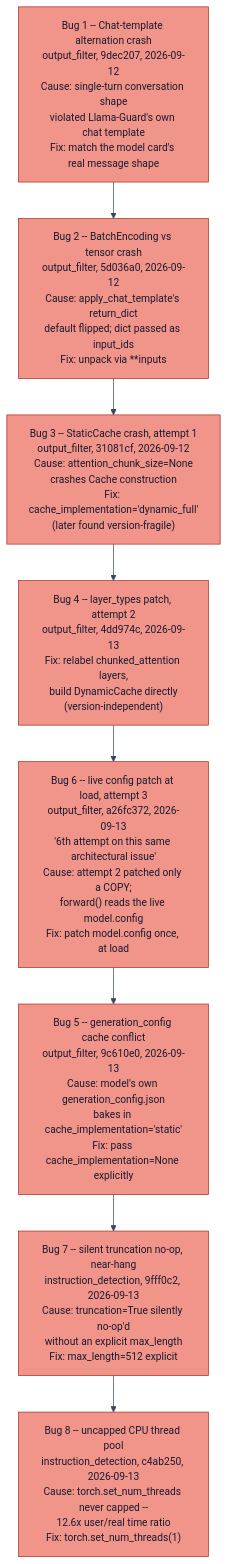
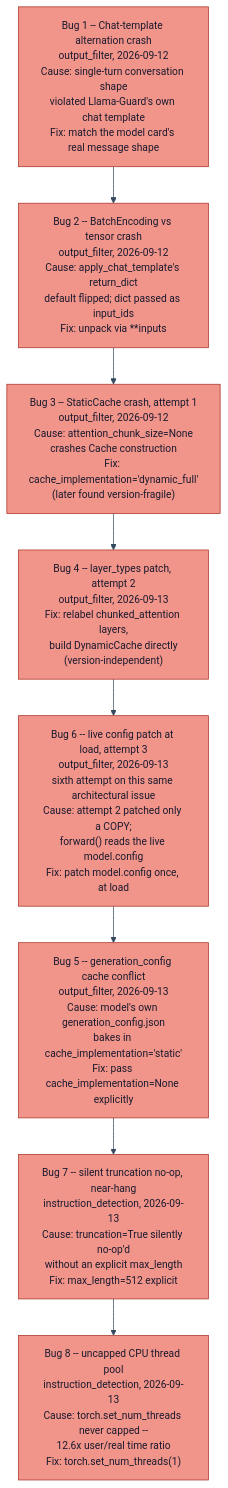
Diagram 14 of 14 in docs/THESIS_ARCHITECTURE.md (Simarjit1303/rag-adversarial-robustness), drawn with Mermaid before and after one commit. The commit also changed other lines of this file, not shown here.

First line of the commit message:
Restructure THESIS_ARCHITECTURE.md around a master diagram

````diff
--- a/docs/THESIS_ARCHITECTURE.md
+++ b/docs/THESIS_ARCHITECTURE.md
@@ -259,17 +366,17 @@
 ```mermaid
 %%{init: {'theme':'base','themeVariables':{'primaryColor':'#85c1e9','primaryTextColor':'#1a1a2e','primaryBorderColor':'#1a5276','lineColor':'#34495e','secondaryColor':'#85c1e9','secondaryTextColor':'#1a1a2e','secondaryBorderColor':'#1a5276','tertiaryColor':'#85c1e9','tertiaryTextColor':'#1a1a2e','tertiaryBorderColor':'#1a5276','edgeLabelBackground':'#ffffff','clusterBkg':'#d6eaf8','clusterBorder':'#1a5276','titleColor':'#1a1a2e','textColor':'#1a1a2e','fontSize':'14px'}}}%%
 flowchart TD
-    B1["Bug 1 -- Chat-template alternation crash<br/>output_filter, 9dec207, 2026-09-12<br/>Cause: single-turn conversation shape<br/>violated Llama-Guard's own chat template<br/>Fix: match the model card's real message shape"]
-    B2["Bug 2 -- BatchEncoding vs tensor crash<br/>output_filter, 5d036a0, 2026-09-12<br/>Cause: apply_chat_template's return_dict<br/>default flipped; dict passed as input_ids<br/>Fix: unpack via **inputs"]
-    B3["Bug 3 -- StaticCache crash, attempt 1<br/>output_filter, 31081cf, 2026-09-12<br/>Cause: attention_chunk_size=None<br/>crashes Cache construction<br/>Fix: cache_implementation='dynamic_full'<br/>(later found version-fragile)"]
-    B4["Bug 4 -- layer_types patch, attempt 2<br/>output_filter, 4dd974c, 2026-09-13<br/>Fix: relabel chunked_attention layers,<br/>build DynamicCache directly<br/>(version-independent)"]
-    B6["Bug 6 -- live config patch at load, attempt 3<br/>output_filter, a26fc372, 2026-09-13<br/>'6th attempt on this same architectural issue'<br/>Cause: attempt 2 patched only a COPY;<br/>forward() reads the live model.config<br/>Fix: patch model.config once, at load"]
-    B5["Bug 5 -- generation_config cache conflict<br/>output_filter, 9c610e0, 2026-09-13<br/>Cause: model's own generation_config.json<br/>bakes in cache_implementation='static'<br/>Fix: pass cache_implementation=None explicitly"]
-    B7["Bug 7 -- silent truncation no-op, near-hang<br/>instruction_detection, 9fff0c2, 2026-09-13<br/>Cause: truncation=True silently no-op'd<br/>without an explicit max_length<br/>Fix: max_length=512 explicit"]
-    B8["Bug 8 -- uncapped CPU thread pool<br/>instruction_detection, c4ab250, 2026-09-13<br/>Cause: torch.set_num_threads never capped --<br/>12.6x user/real time ratio<br/>Fix: torch.set_num_threads(1)"]
+    B1["Bug 1 -- Chat-template alternation crash<br/>output_filter, 2026-09-12<br/>Cause: single-turn conversation shape<br/>violated Llama-Guard's own chat template<br/>Fix: match the model card's real message shape"]
+    B2["Bug 2 -- BatchEncoding vs tensor crash<br/>output_filter, 2026-09-12<br/>Cause: apply_chat_template's return_dict<br/>default flipped; dict passed as input_ids<br/>Fix: unpack via **inputs"]
+    B3["Bug 3 -- StaticCache crash, attempt 1<br/>output_filter, 2026-09-12<br/>Cause: attention_chunk_size=None<br/>crashes Cache construction<br/>Fix: cache_implementation='dynamic_full'<br/>(later found version-fragile)"]
+    B4["Bug 4 -- layer_types patch, attempt 2<br/>output_filter, 2026-09-13<br/>Fix: relabel chunked_attention layers,<br/>build DynamicCache directly<br/>(version-independent)"]
+    B6["Bug 6 -- live config patch at load, attempt 3<br/>output_filter, 2026-09-13<br/>sixth attempt on this same architectural issue<br/>Cause: attempt 2 patched only a COPY;<br/>forward() reads the live model.config<br/>Fix: patch model.config once, at load"]
+    B5["Bug 5 -- generation_config cache conflict<br/>output_filter, 2026-09-13<br/>Cause: model's own generation_config.json<br/>bakes in cache_implementation='static'<br/>Fix: pass cache_implementation=None explicitly"]
+    B7["Bug 7 -- silent truncation no-op, near-hang<br/>instruction_detection, 2026-09-13<br/>Cause: truncation=True silently no-op'd<br/>without an explicit max_length<br/>Fix: max_length=512 explicit"]
+    B8["Bug 8 -- uncapped CPU thread pool<br/>instruction_detection, 2026-09-13<br/>Cause: torch.set_num_threads never capped --<br/>12.6x user/real time ratio<br/>Fix: torch.set_num_threads(1)"]
 
     B1 --> B2 --> B3 --> B4 --> B6 --> B5 --> B7 --> B8
 
     classDef bug fill:#f1948a,stroke:#a93226,color:#1a1a2e
     class B1,B2,B3,B4,B5,B6,B7,B8 bug
 ```
````
